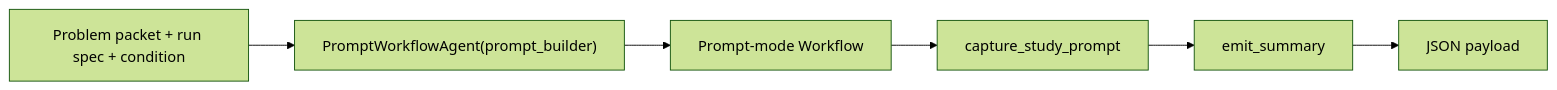
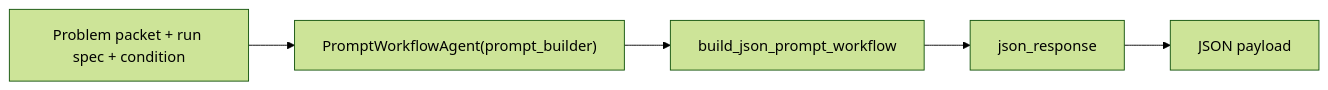
The diagram in docs/examples/agents/prompt_workflow_agent.rst (cmudrc/design-research-agents), drawn with Mermaid (forest theme) before and after one commit. The commit also changed other lines of this file and 88 other files, not shown here.

```diff
--- a/docs/examples/agents/prompt_workflow_agent.rst
+++ b/docs/examples/agents/prompt_workflow_agent.rst
@@ -23,8 +23,7 @@
 .. mermaid::
 
    flowchart LR
        A["Problem packet + run spec + condition"] --> B["PromptWorkflowAgent(prompt_builder)"]
-       B --> C["Prompt-mode Workflow"]
-       C --> D["capture_study_prompt"]
-       D --> E["emit_summary"]
-       E --> F["JSON payload"]
+       B --> C["build_json_prompt_workflow"]
+       C --> D["json_response"]
+       D --> E["JSON payload"]
```
